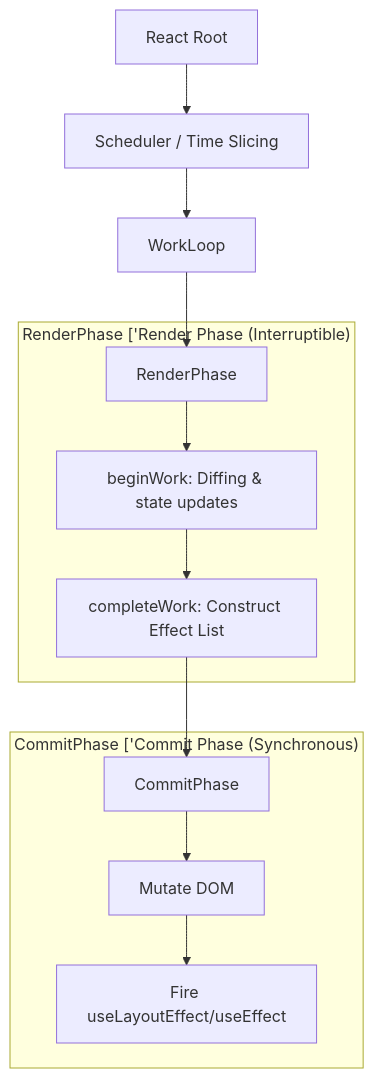
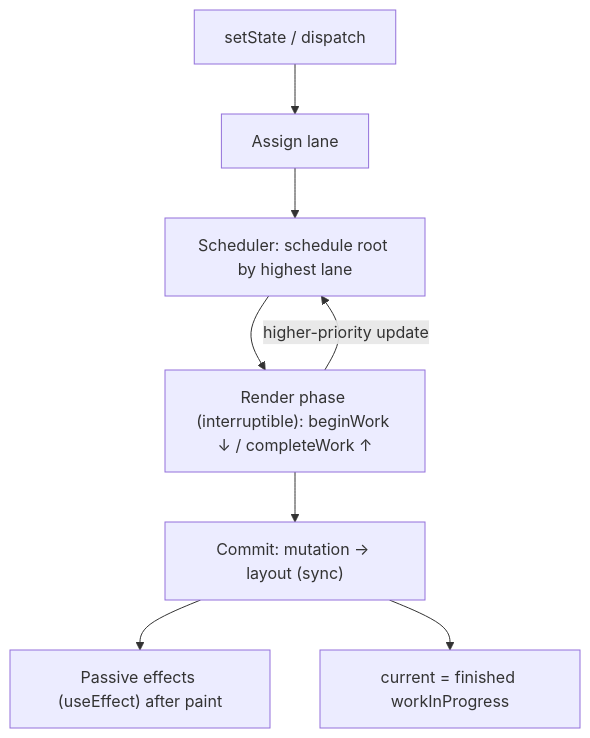
The diagram in skills/frontend/react/react-fiber/SKILL.md (j4flmao/agent-skills), drawn with Mermaid before and after one commit. The commit also changed other lines of this file and 1218 other files, not shown here.

````diff
--- a/skills/frontend/react/react-fiber/SKILL.md
+++ b/skills/frontend/react/react-fiber/SKILL.md
@@ -73,20 +128,10 @@
 ```mermaid
-%%{init: {"theme": "default", "flowchart": {"useMaxWidth": true}}}%%
 flowchart TD
-    Root[React Root] --> Schedule[Scheduler / Time Slicing]
-    
-    Schedule --> WorkLoop
-    WorkLoop --> RenderPhase
-    
-    subgraph RenderPhaseRenderPhaseInterruptibleRenderPhaseRenderPhaseInterruptible ["RenderPhase ['Render Phase (Interruptible)<br><br><br>"]
-        RenderPhase --> BeginWork[beginWork: Diffing & state updates]
-        BeginWork --> CompleteWork[completeWork: Construct Effect List]
-    end
-    
-    CompleteWork --> CommitPhase
-    
-    subgraph CommitPhaseCommitPhaseSynchronousCommitPhaseCommitPhaseSynchronous ["CommitPhase ['Commit Phase (Synchronous)<br><br><br>"]
-        CommitPhase --> DOMMutations[Mutate DOM]
-        DOMMutations --> LifecycleHooks[Fire useLayoutEffect/useEffect]
-    end
+    U[setState / dispatch] --> L[Assign lane]
+    L --> S[Scheduler: schedule root by highest lane]
+    S --> R["Render phase (interruptible): beginWork ↓ / completeWork ↑"]
+    R -->|higher-priority update| S
+    R --> C["Commit: mutation → layout (sync)"]
+    C --> P["Passive effects (useEffect) after paint"]
+    C --> SW[current = finished workInProgress]
 ```
````
